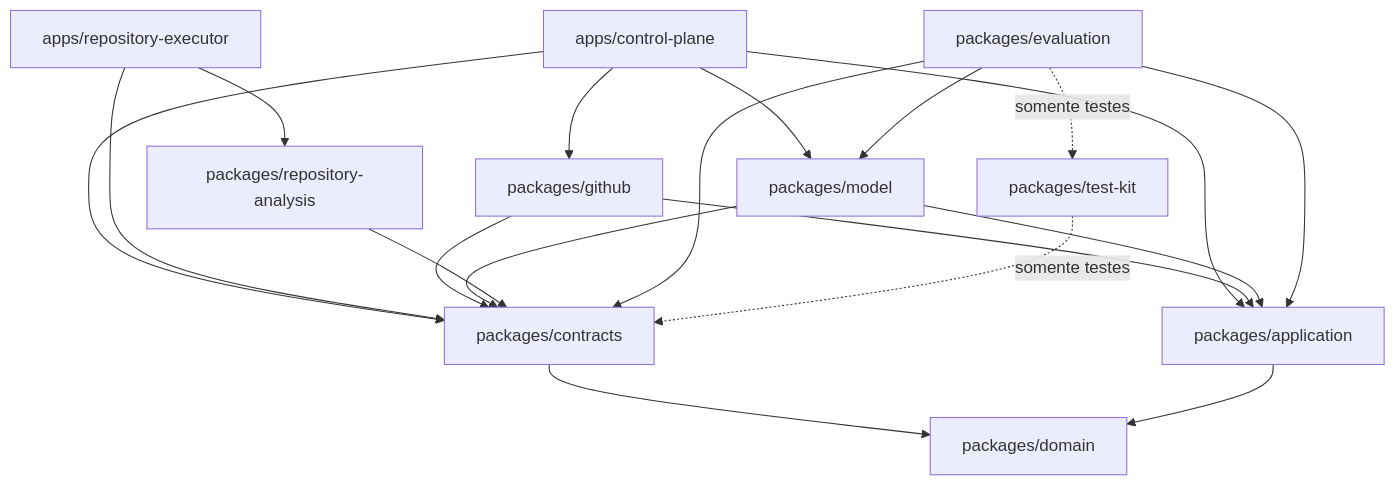
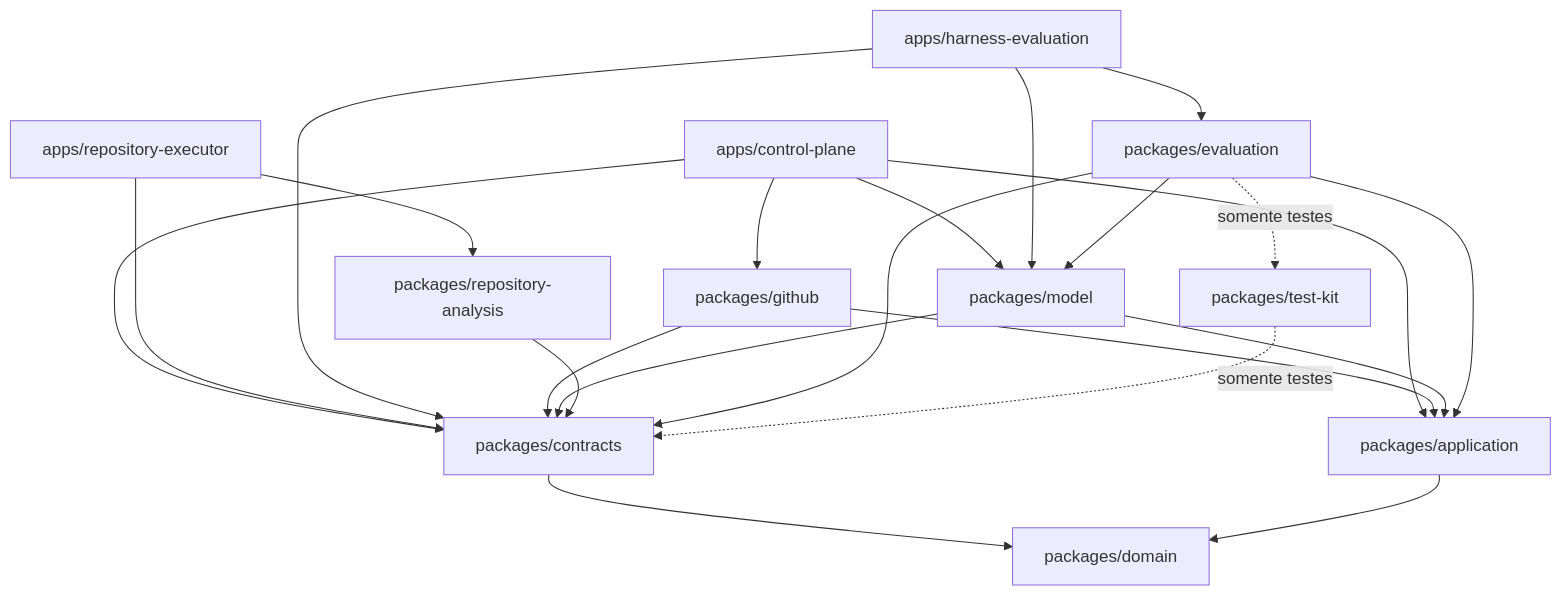
Before and after one commit to ThiagoCrepequer/holon: the diagram in docs/architecture/technical-ecosystem.md, drawn with Mermaid. The commit also changed other lines of this file and 12 other files, not shown here.

````diff
--- a/docs/architecture/technical-ecosystem.md
+++ b/docs/architecture/technical-ecosystem.md
@@ -62,32 +66,36 @@
 ```mermaid
 flowchart TD
     CP[apps/control-plane]
     EX[apps/repository-executor]
+    HE[apps/harness-evaluation]
     GH[packages/github]
     MO[packages/model]
     RA[packages/repository-analysis]
     CT[packages/contracts]
     EV[packages/evaluation]
     AP[packages/application]
     DO[packages/domain]
     TK[packages/test-kit]
 
     CP --> GH
     CP --> MO
     CP --> CT
     CP --> AP
     EX --> RA
     EX --> CT
+    HE --> EV
+    HE --> MO
+    HE --> CT
     GH --> AP
     GH --> CT
     MO --> AP
     MO --> CT
     RA --> CT
     EV --> CT
     EV --> AP
     EV --> MO
     EV -. somente testes .-> TK
     CT --> DO
     AP --> DO
     TK -. somente testes .-> CT
 ```
````
